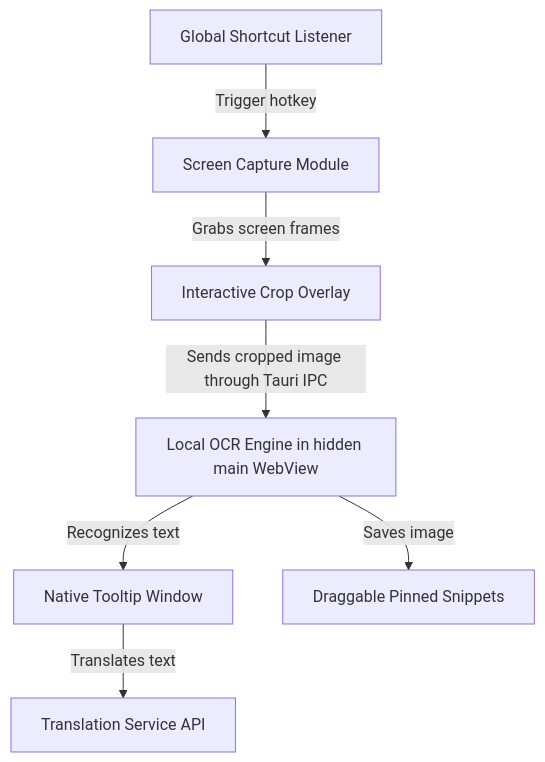
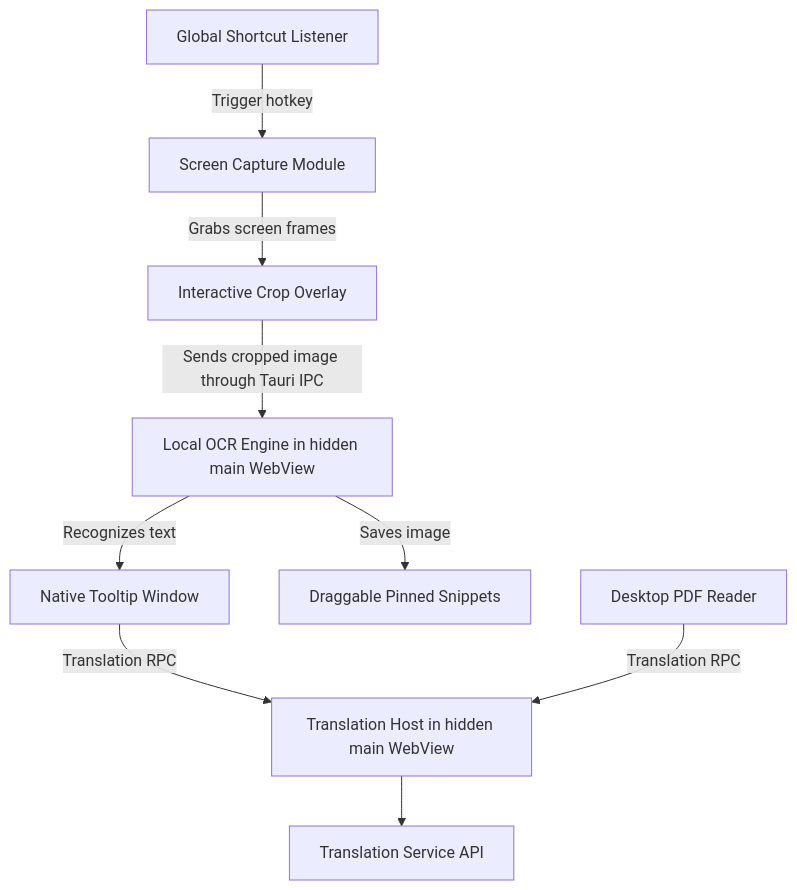
Before and after one commit to patdev495/translate-windows: the diagram in CONTEXT.md, drawn with Mermaid. The commit also changed other lines of this file and 43 other files, not shown here.

Commit message:
perf: centralize translation and IPA in persistent main host

````diff
--- a/CONTEXT.md
+++ b/CONTEXT.md
@@ -9,9 +9,11 @@
 ```mermaid
 graph TD
     A[Global Shortcut Listener] -->|Trigger hotkey| B[Screen Capture Module]
     B -->|Grabs screen frames| C[Interactive Crop Overlay]
     C -->|Sends cropped image through Tauri IPC| D[Local OCR Engine in hidden main WebView]
     D -->|Recognizes text| E[Native Tooltip Window]
     D -->|Saves image| F[Draggable Pinned Snippets]
-    E -->|Translates text| G[Translation Service API]
+    E -->|Translation RPC| H[Translation Host in hidden main WebView]
+    P[Desktop PDF Reader] -->|Translation RPC| H
+    H --> G[Translation Service API]
 ```
````
